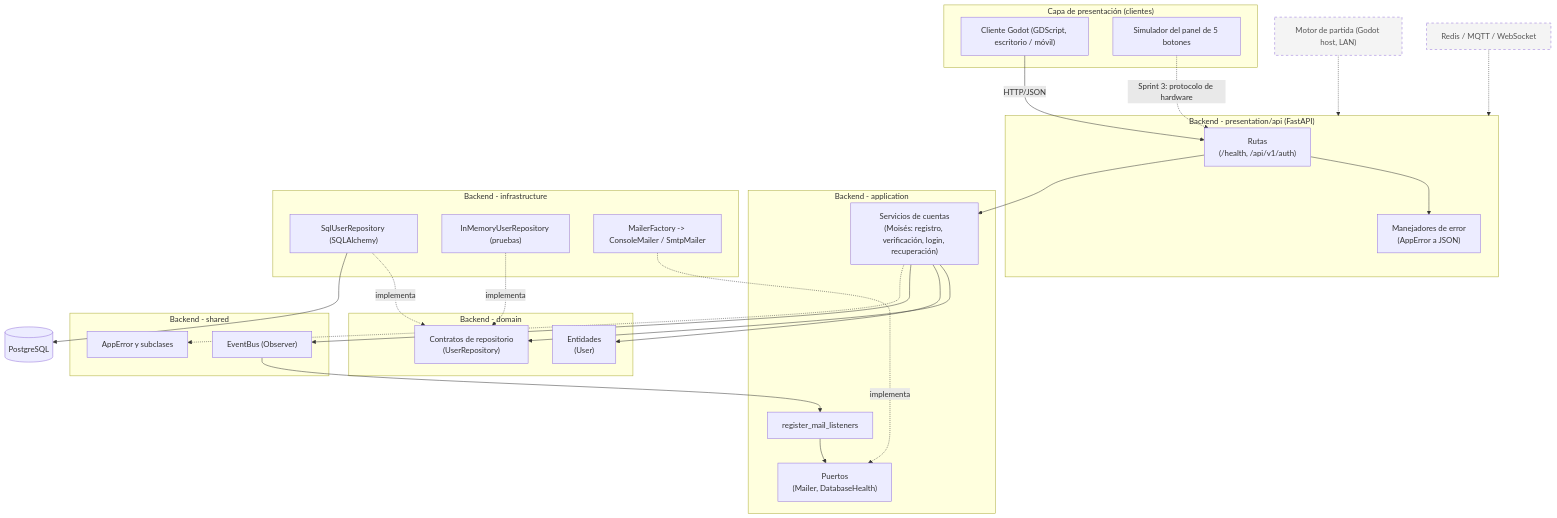
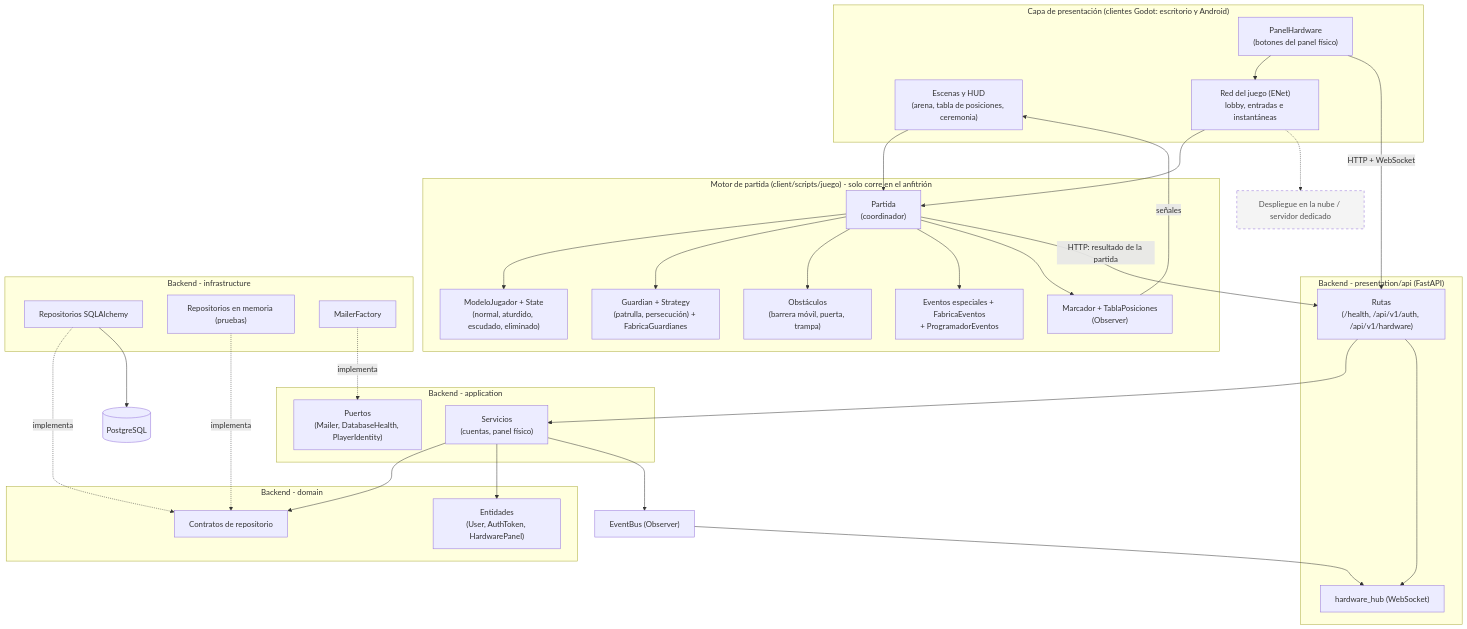
The diagram in docs/arquitectura/01-vista-logica.md (Jbarraza5010/control-del-reactor), drawn with Mermaid before and after one commit. The commit also changed other lines of this file and 2 other files, not shown here.

Commit message:
Arquitectura Actualizada
docs(arquitectura): actualizar vistas lógica, de componentes y despliegue del Sprint 3

````diff
--- a/docs/arquitectura/01-vista-logica.md
+++ b/docs/arquitectura/01-vista-logica.md
@@ -6,58 +6,69 @@
 ```mermaid
 flowchart TB
-  subgraph CLI["Capa de presentación (clientes)"]
-    GODOT["Cliente Godot (GDScript, escritorio / móvil)"]
-    SIM["Simulador del panel de 5 botones"]
+  subgraph CLI["Capa de presentación (clientes Godot: escritorio y Android)"]
+    UI["Escenas y HUD<br/>(arena, tabla de posiciones, ceremonia)"]
+    RED["Red del juego (ENet)<br/>lobby, entradas e instantáneas"]
+    PANEL["PanelHardware<br/>(botones del panel físico)"]
+  end
+
+  subgraph MOTOR["Motor de partida (client/scripts/juego) - solo corre en el anfitrión"]
+    PART["Partida<br/>(coordinador)"]
+    JUG["ModeloJugador + State<br/>(normal, aturdido, escudado, eliminado)"]
+    GUA["Guardian + Strategy<br/>(patrulla, persecución) + FabricaGuardianes"]
+    OBS["Obstáculos<br/>(barrera móvil, puerta, trampa)"]
+    EVT["Eventos especiales + FabricaEventos<br/>+ ProgramadorEventos"]
+    MARC["Marcador + TablaPosiciones<br/>(Observer)"]
   end
 
   subgraph API["Backend - presentation/api (FastAPI)"]
-    ROUTES["Rutas<br/>(/health, /api/v1/auth)"]
-    ERRH["Manejadores de error<br/>(AppError a JSON)"]
+    ROUTES["Rutas<br/>(/health, /api/v1/auth, /api/v1/hardware)"]
+    HUB["hardware_hub (WebSocket)"]
   end
 
   subgraph APP["Backend - application"]
-    SVC["Servicios de cuentas<br/>(Moisés: registro, verificación, login, recuperación)"]
-    PORTS["Puertos<br/>(Mailer, DatabaseHealth)"]
-    LISTEN["register_mail_listeners"]
+    SVC["Servicios<br/>(cuentas, panel físico)"]
+    PORTS["Puertos<br/>(Mailer, DatabaseHealth, PlayerIdentity)"]
   end
 
   subgraph DOM["Backend - domain"]
-    ENT["Entidades<br/>(User)"]
-    REPO["Contratos de repositorio<br/>(UserRepository)"]
+    ENT["Entidades<br/>(User, AuthToken, HardwarePanel)"]
+    REPO["Contratos de repositorio"]
   end
 
   subgraph INFRA["Backend - infrastructure"]
-    SQL["SqlUserRepository (SQLAlchemy)"]
-    MEM["InMemoryUserRepository (pruebas)"]
-    MAIL["MailerFactory -> ConsoleMailer / SmtpMailer"]
+    SQL["Repositorios SQLAlchemy"]
+    MEM["Repositorios en memoria (pruebas)"]
+    MAIL["MailerFactory"]
   end
 
-  subgraph SHARED["Backend - shared"]
-    BUS["EventBus (Observer)"]
-    ERR["AppError y subclases"]
-  end
-
+  BUS["EventBus (Observer)"]
   DB[("PostgreSQL")]
 
-  GODOT -->|"HTTP/JSON"| ROUTES
-  SIM -.->|"Sprint 3: protocolo de hardware"| ROUTES
-  ROUTES --> ERRH
+  UI --> PART
+  RED --> PART
+  PANEL --> RED
+  PART --> JUG
+  PART --> GUA
+  PART --> OBS
+  PART --> EVT
+  PART --> MARC
+  MARC -->|"señales"| UI
+
+  PANEL -->|"HTTP + WebSocket"| ROUTES
+  PART -->|"HTTP: resultado de la partida"| ROUTES
   ROUTES --> SVC
+  ROUTES --> HUB
   SVC --> REPO
   SVC --> ENT
   SVC --> BUS
-  BUS --> LISTEN
-  LISTEN --> PORTS
+  BUS --> HUB
   SQL -.->|"implementa"| REPO
   MEM -.->|"implementa"| REPO
   MAIL -.->|"implementa"| PORTS
   SQL --> DB
-  SVC -.-> ERR
 
-  MOTOR["Motor de partida (Godot host, LAN)"]:::future
-  REDIS["Redis / MQTT / WebSocket"]:::future
-  MOTOR -.-> API
-  REDIS -.-> API
+  CLOUD["Despliegue en la nube / servidor dedicado"]:::future
+  RED -.-> CLOUD
 
   classDef future stroke-dasharray: 5 5,fill:#f4f4f4,color:#555;
 ```
````
